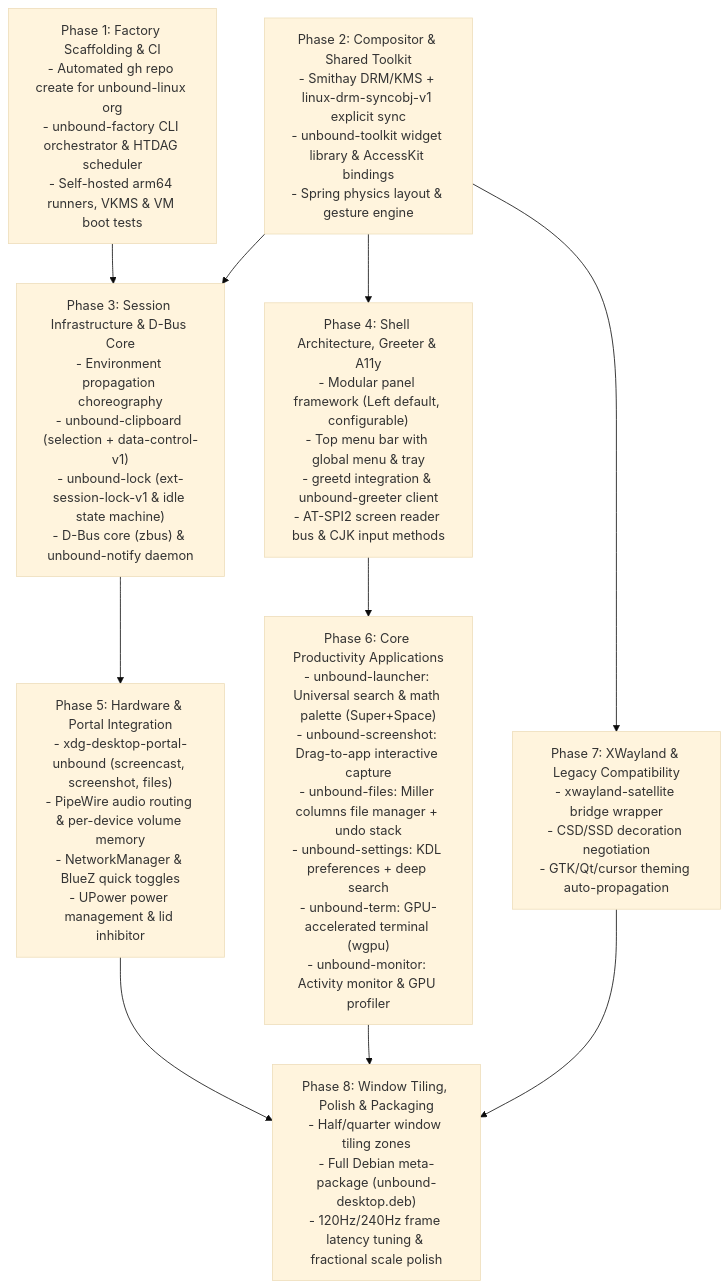
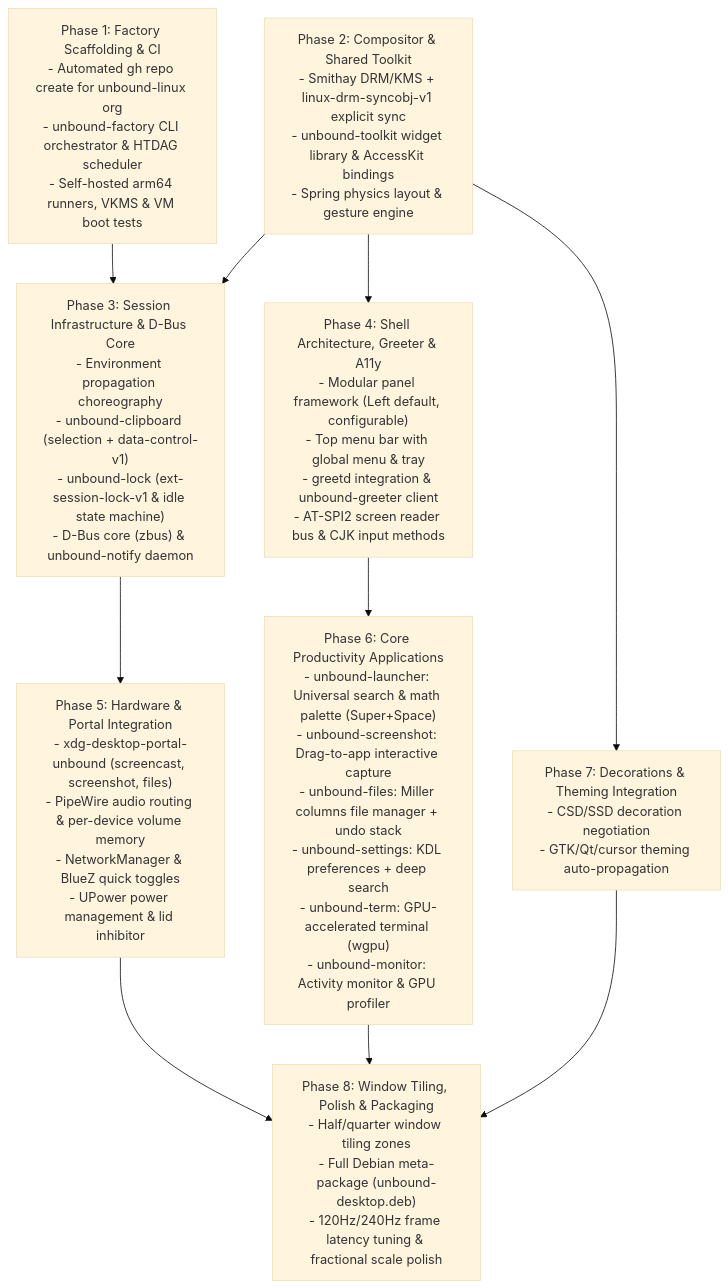
One commit to bande-linux/desktop changed the seventh of 8 diagrams in docs/ARCHITECTURE.md. Above: the diagram before and after it, drawn with Mermaid (base theme). The commit also changed other lines of this file and 2 other files, not shown here.

First line of the commit message:
Make the desktop pure Wayland: no X11, no XWayland bridge

````diff
--- a/docs/ARCHITECTURE.md
+++ b/docs/ARCHITECTURE.md
@@ -680,26 +678,26 @@
 ```mermaid
 flowchart TD
     P1["Phase 1: Factory Scaffolding & CI<br/>- Automated gh repo create for unbound-linux org<br/>- unbound-factory CLI orchestrator & HTDAG scheduler<br/>- Self-hosted arm64 runners, VKMS & VM boot tests"]
     
     P2["Phase 2: Compositor & Shared Toolkit<br/>- Smithay DRM/KMS + linux-drm-syncobj-v1 explicit sync<br/>- unbound-toolkit widget library & AccessKit bindings<br/>- Spring physics layout & gesture engine"]
 
     P3["Phase 3: Session Infrastructure & D-Bus Core<br/>- Environment propagation choreography<br/>- unbound-clipboard (selection + data-control-v1)<br/>- unbound-lock (ext-session-lock-v1 & idle state machine)<br/>- D-Bus core (zbus) & unbound-notify daemon"]
 
     P4["Phase 4: Shell Architecture, Greeter & A11y<br/>- Modular panel framework (Left default, configurable)<br/>- Top menu bar with global menu & tray<br/>- greetd integration & unbound-greeter client<br/>- AT-SPI2 screen reader bus & CJK input methods"]
 
     P5["Phase 5: Hardware & Portal Integration<br/>- xdg-desktop-portal-unbound (screencast, screenshot, files)<br/>- PipeWire audio routing & per-device volume memory<br/>- NetworkManager & BlueZ quick toggles<br/>- UPower power management & lid inhibitor"]
 
     P6["Phase 6: Core Productivity Applications<br/>- unbound-launcher: Universal search & math palette (Super+Space)<br/>- unbound-screenshot: Drag-to-app interactive capture<br/>- unbound-files: Miller columns file manager + undo stack<br/>- unbound-settings: KDL preferences + deep search<br/>- unbound-term: GPU-accelerated terminal (wgpu)<br/>- unbound-monitor: Activity monitor & GPU profiler"]
 
-    P7["Phase 7: XWayland & Legacy Compatibility<br/>- xwayland-satellite bridge wrapper<br/>- CSD/SSD decoration negotiation<br/>- GTK/Qt/cursor theming auto-propagation"]
+    P7["Phase 7: Decorations & Theming Integration<br/>- CSD/SSD decoration negotiation<br/>- GTK/Qt/cursor theming auto-propagation"]
 
     P8["Phase 8: Window Tiling, Polish & Packaging<br/>- Half/quarter window tiling zones<br/>- Full Debian meta-package (unbound-desktop.deb)<br/>- 120Hz/240Hz frame latency tuning & fractional scale polish"]
 
     P1 --> P3
     P2 --> P3
     P2 --> P4
     P3 --> P5
     P4 --> P6
     P2 --> P7
     P5 & P6 & P7 --> P8
 ```
````
